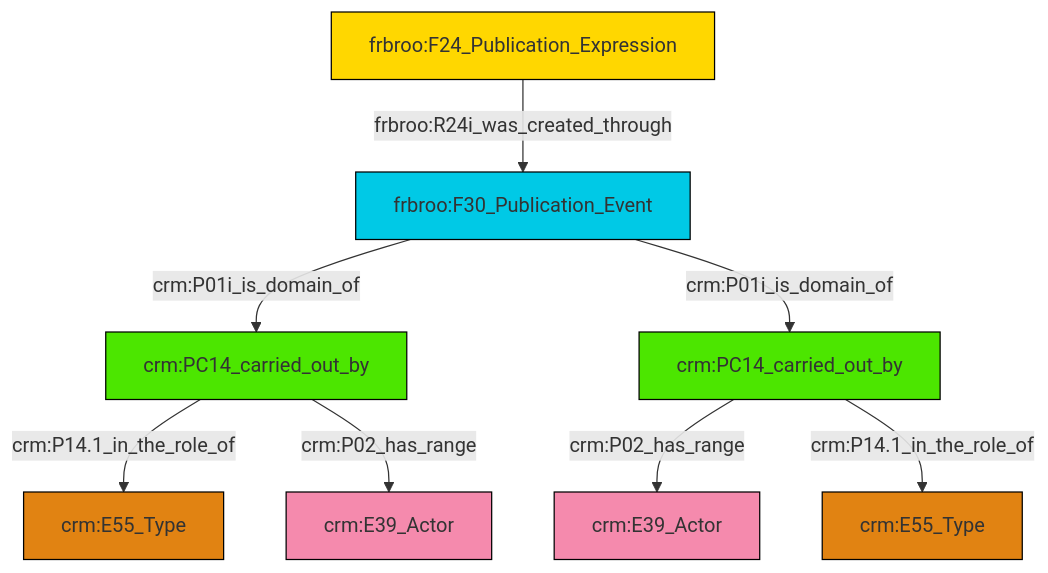
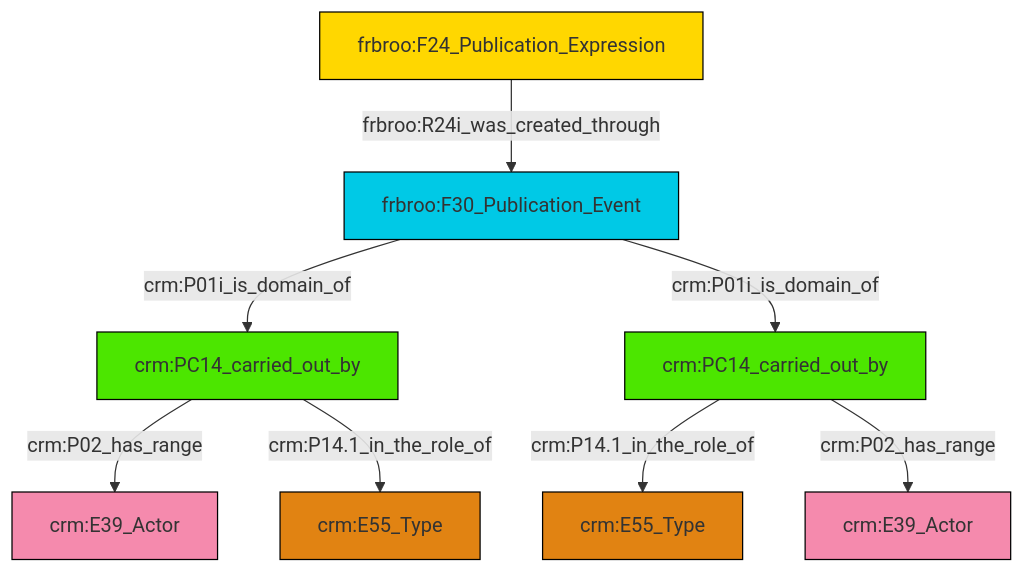
Before and after one commit to swiss-art-research-net/reference-data-models: the diagram in et/biblioCSV/ttl/mmd/biblio_actor_relations.ttl.mmd, drawn with Mermaid. The commit also changed 135 other files, not shown here.

```diff
--- a/et/biblioCSV/ttl/mmd/biblio_actor_relations.ttl.mmd
+++ b/et/biblioCSV/ttl/mmd/biblio_actor_relations.ttl.mmd
@@ -1,22 +1,22 @@
 graph TD
 classDef Literal fill:#f2f2f2,stroke:#000000;
 classDef CRM_Entity fill:#FFFFFF,stroke:#000000;
 classDef Temporal_Entity fill:#00C9E6, stroke:#000000;
 classDef Type fill:#E18312, stroke:#000000;
 classDef Time-Span fill:#2C9C91, stroke:#000000;
 classDef Appellation fill:#FFEB7F, stroke:#000000;
 classDef Place fill:#008836, stroke:#000000;
 classDef Persistent_Item fill:#B266B2, stroke:#000000;
 classDef Conceptual_Object fill:#FFD700, stroke:#000000;
 classDef Physical_Thing fill:#D2B48C, stroke:#000000;
 classDef Actor fill:#f58aad, stroke:#000000;
 classDef PC_Classes fill:#4ce600, stroke:#000000;
 classDef Multi fill:#cccccc,stroke:#000000;
 
 0["crm:PC14_carried_out_by"]:::PC_Classes -->|crm:P02_has_range| 1["crm:E39_Actor"]:::Actor
-4["frbroo:F24_Publication_Expression"]:::Conceptual_Object -->|frbroo:R24i_was_created_through| 5["frbroo:F30_Publication_Event"]:::Temporal_Entity
-6["crm:PC14_carried_out_by"]:::PC_Classes -->|crm:P14.1_in_the_role_of| 7["crm:E55_Type"]:::Type
-5["frbroo:F30_Publication_Event"]:::Temporal_Entity -->|crm:P01i_is_domain_of| 6["crm:PC14_carried_out_by"]:::PC_Classes
-6["crm:PC14_carried_out_by"]:::PC_Classes -->|crm:P02_has_range| 9["crm:E39_Actor"]:::Actor
-0["crm:PC14_carried_out_by"]:::PC_Classes -->|crm:P14.1_in_the_role_of| 2["crm:E55_Type"]:::Type
-5["frbroo:F30_Publication_Event"]:::Temporal_Entity -->|crm:P01i_is_domain_of| 0["crm:PC14_carried_out_by"]:::PC_Classes
+4["frbroo:F30_Publication_Event"]:::Temporal_Entity -->|crm:P01i_is_domain_of| 0["crm:PC14_carried_out_by"]:::PC_Classes
+4["frbroo:F30_Publication_Event"]:::Temporal_Entity -->|crm:P01i_is_domain_of| 2["crm:PC14_carried_out_by"]:::PC_Classes
+0["crm:PC14_carried_out_by"]:::PC_Classes -->|crm:P14.1_in_the_role_of| 7["crm:E55_Type"]:::Type
+2["crm:PC14_carried_out_by"]:::PC_Classes -->|crm:P14.1_in_the_role_of| 5["crm:E55_Type"]:::Type
+2["crm:PC14_carried_out_by"]:::PC_Classes -->|crm:P02_has_range| 9["crm:E39_Actor"]:::Actor
+14["frbroo:F24_Publication_Expression"]:::Conceptual_Object -->|frbroo:R24i_was_created_through| 4["frbroo:F30_Publication_Event"]:::Temporal_Entity
```
